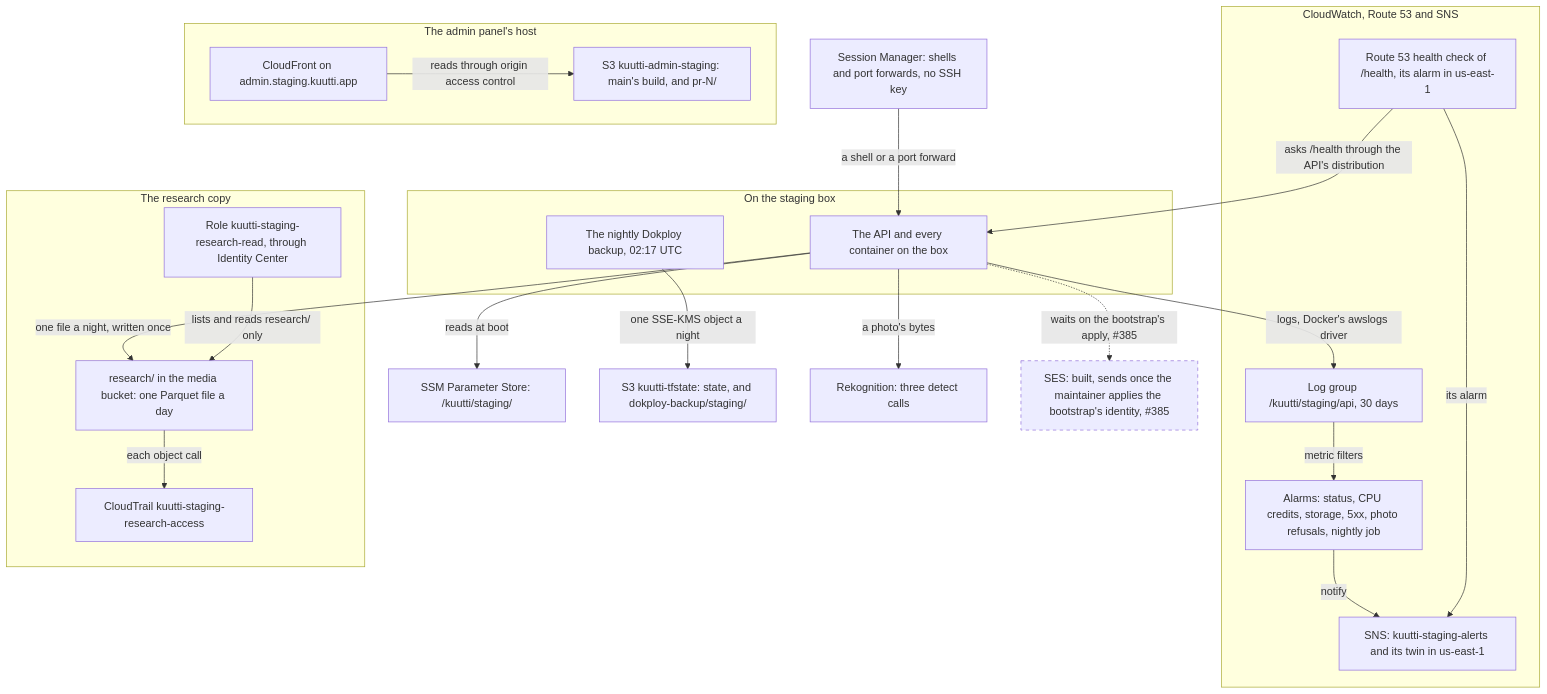
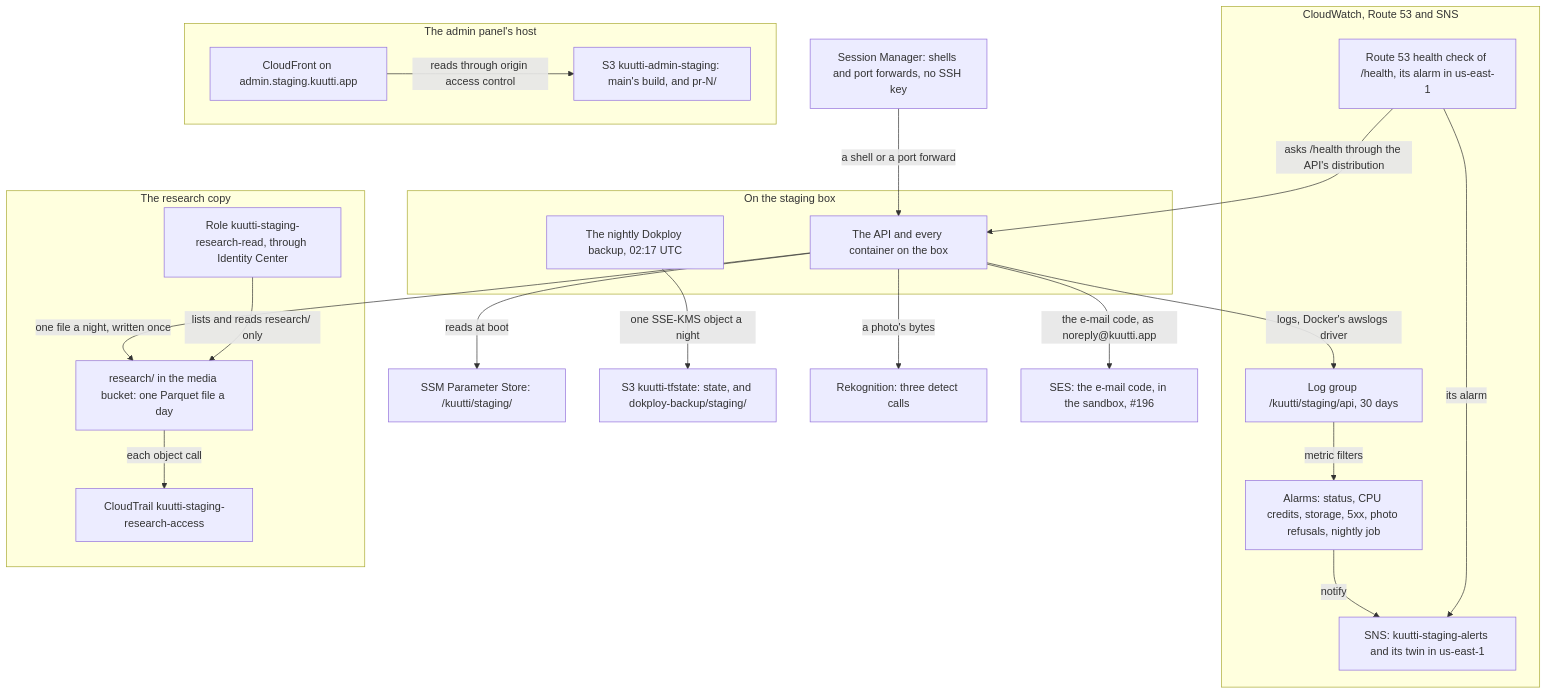
The third of 6 diagrams in docs/architecture/deployment.md (kuutti-ry/kuutti-app), drawn with Mermaid before and after one commit. The commit also changed other lines of this file and 11 other files, not shown here.

First line of the commit message:
Record SES as live and noreply@ as a Workspace alias (#385) (#453)

````diff
--- a/docs/architecture/deployment.md
+++ b/docs/architecture/deployment.md
@@ -144,44 +144,44 @@
 ```mermaid
 flowchart TB
   accTitle: Deployment, part 3: staging, the services around the box
-  accDescr: The API reads the parameter store at boot, logs through Docker to CloudWatch, calls Rekognition, and writes one research file a night to the media bucket. CloudWatch's alarms and the Route 53 health probe mail through SNS. The box backs Dokploy up to the state bucket every night, and Session Manager is the way in. The admin panel has its own bucket and distribution. A researcher's role reads the research copy, and CloudTrail logs every read. SES sends once the bootstrap is applied.
+  accDescr: The API reads the parameter store at boot, logs through Docker to CloudWatch, calls Rekognition, and writes one research file a night to the media bucket. CloudWatch's alarms and the Route 53 health probe mail through SNS. The box backs Dokploy up to the state bucket every night, and Session Manager is the way in. The admin panel has its own bucket and distribution. A researcher's role reads the research copy, and CloudTrail logs every read. SES sends the e-mail code.
   subgraph boxside["On the staging box"]
     n26["The API and every container on the box"]
     n27["The nightly Dokploy backup, 02:17 UTC"]
   end
   n28["Session Manager: shells and port forwards, no SSH key"]
   n29["SSM Parameter Store: /kuutti/staging/"]
   subgraph watch["CloudWatch, Route 53 and SNS"]
     n30["Log group /kuutti/staging/api, 30 days"]
     n31["Alarms: status, CPU credits, storage, 5xx, photo refusals, nightly job"]
     n32["Route 53 health check of /health, its alarm in us-east-1"]
     n33["SNS: kuutti-staging-alerts and its twin in us-east-1"]
   end
   subgraph panel["The admin panel's host"]
     n34["CloudFront on admin.staging.kuutti.app"]
     n35["S3 kuutti-admin-staging: main's build, and pr-N/"]
   end
   subgraph research["The research copy"]
     n36["research/ in the media bucket: one Parquet file a day"]
     n37["Role kuutti-staging-research-read, through Identity Center"]
     n38["CloudTrail kuutti-staging-research-access"]
   end
   n39["S3 kuutti-tfstate: state, and dokploy-backup/staging/"]
   n40["Rekognition: three detect calls"]
-  n41["SES: built, sends once the maintainer applies the bootstrap's identity, #385"]:::notbuilt
+  n41["SES: the e-mail code, in the sandbox, #196"]
   n26 -->|"reads at boot"| n29
   n26 -->|"logs, Docker's awslogs driver"| n30
   n30 -->|"metric filters"| n31
   n31 -->|"notify"| n33
   n32 -->|"asks /health through the API's distribution"| n26
   n32 -->|"its alarm"| n33
   n27 -->|"one SSE-KMS object a night"| n39
   n28 -->|"a shell or a port forward"| n26
   n26 -->|"a photo's bytes"| n40
-  n26 -.->|"waits on the bootstrap's apply, #385"| n41
+  n26 -->|"the e-mail code, as noreply@kuutti.app"| n41
   n26 -->|"one file a night, written once"| n36
   n37 -->|"lists and reads research/ only"| n36
   n36 -->|"each object call"| n38
   n34 -->|"reads through origin access control"| n35
   classDef notbuilt stroke-dasharray: 5 5
 ```
````
